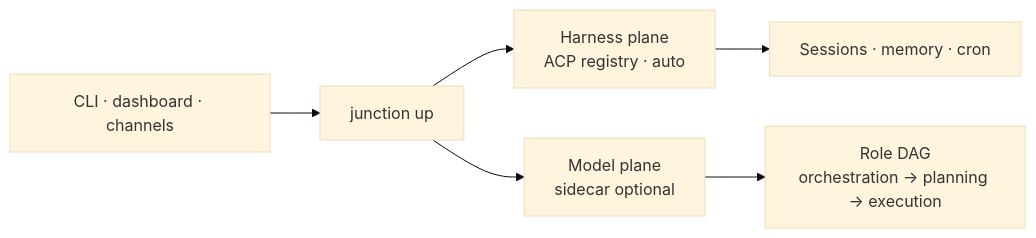
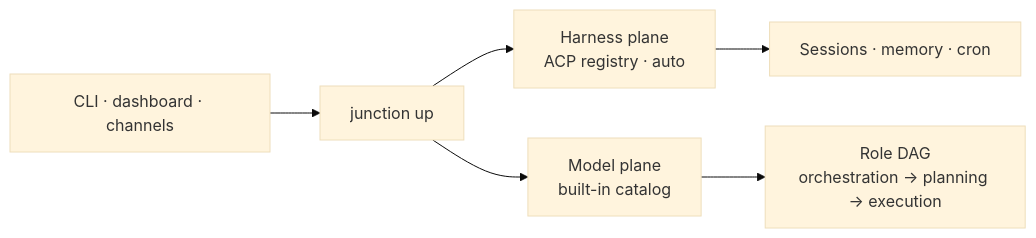
Before and after one commit to laqaer/acpcrew: the diagram in README.md, drawn with Mermaid (base theme). The commit also changed other lines of this file and 115 other files, not shown here.

First line of the commit message:
feat: start the model catalog with junction up

````diff
--- a/README.md
+++ b/README.md
@@ -138,8 +139,8 @@
 ```mermaid
 flowchart LR
     U["CLI · dashboard · channels"] --> C["junction up"]
     C --> H["Harness plane<br/>ACP registry · auto"]
-    C --> M["Model plane<br/>sidecar optional"]
+    C --> M["Model plane<br/>built-in catalog"]
     H --> S["Sessions · memory · cron"]
     M --> R["Role DAG<br/>orchestration → planning → execution"]
 ```
````
